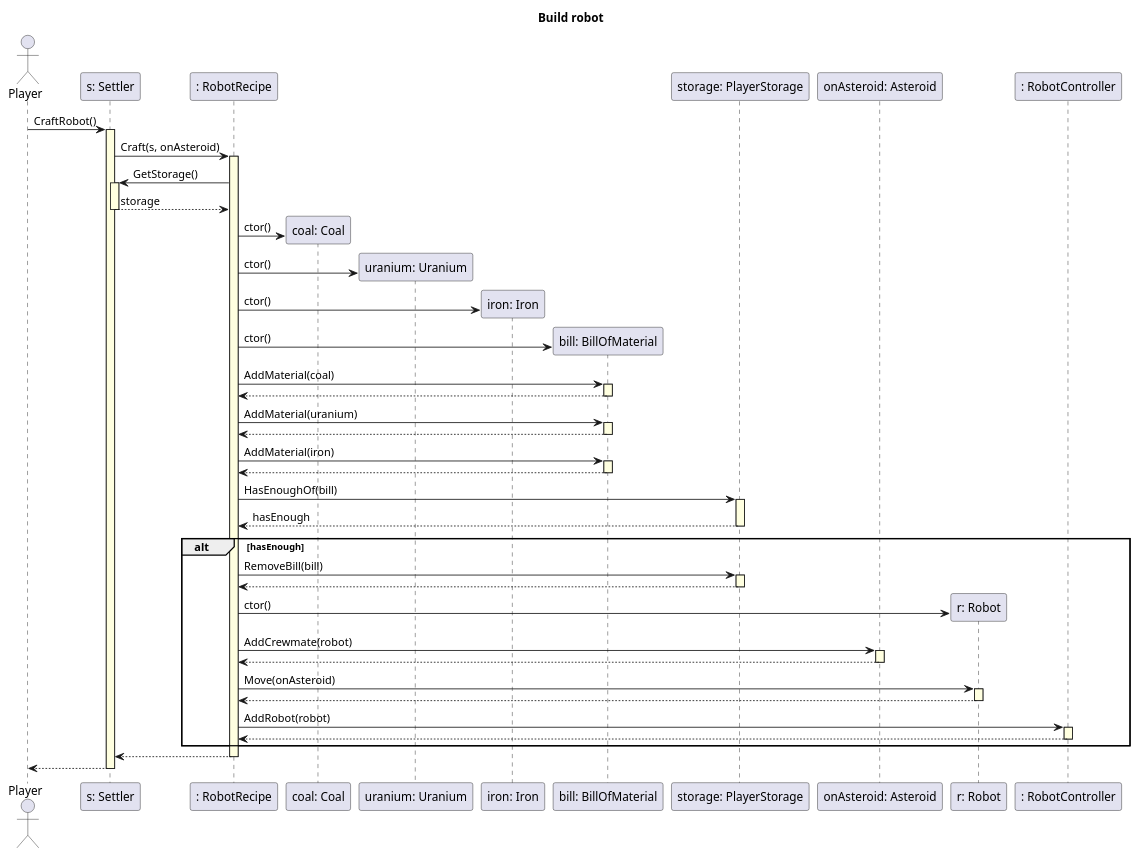
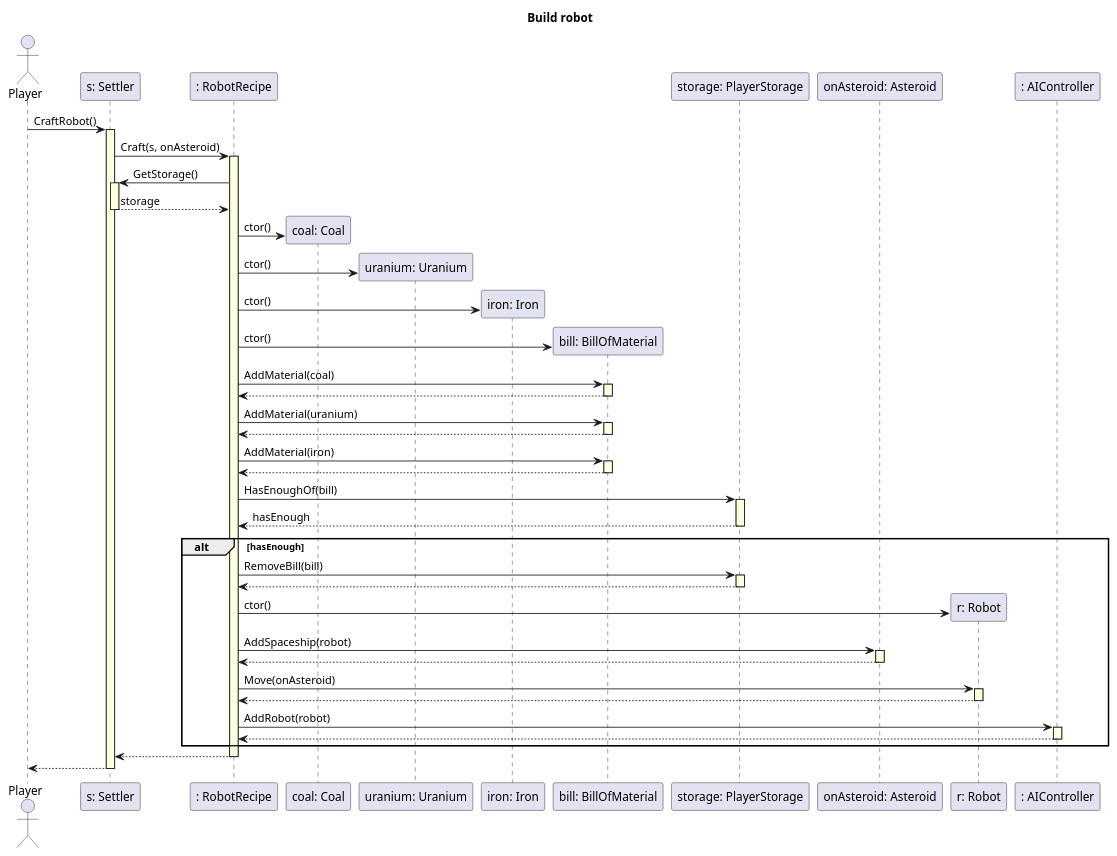
One commit to triszt4n/projlab_holy_oil changed the diagram in uml/original_seq_diagrams/build_robot.plantuml. Above: the diagram before and after it, drawn with PlantUML. The commit also changed 36 other files, not shown here.

```diff
--- a/uml/original_seq_diagrams/build_robot.plantuml
+++ b/uml/original_seq_diagrams/build_robot.plantuml
@@ -1,61 +1,61 @@
 @startuml
 skinparam SequenceLifeLineBackgroundColor LightYellow
 
 title "Build robot"
 
 actor Player as US
 participant "s: Settler" as settler
 participant ": RobotRecipe" as robotRecipe
 participant "coal: Coal" as coal
 participant "uranium: Uranium" as uranium
 participant "iron: Iron" as iron
 participant "bill: BillOfMaterial" as bill
 participant "storage: PlayerStorage" as storage
 participant "onAsteroid: Asteroid" as onAsteroid
 participant "r: Robot" as robot
-participant ": RobotController" as controller
+participant ": AIController" as controller
 
 US -> settler ++ : CraftRobot()
 settler -> robotRecipe ++ : Craft(s, onAsteroid)
 
 robotRecipe -> settler ++ : GetStorage()
 return storage
 
 robotRecipe -> coal ** : ctor()
 robotRecipe -> uranium ** : ctor()
 robotRecipe -> iron ** : ctor()
 
 robotRecipe -> bill ** : ctor()
 robotRecipe -> bill ++ : AddMaterial(coal)
 return
 robotRecipe -> bill ++ : AddMaterial(uranium)
 return
 robotRecipe -> bill ++ : AddMaterial(iron)
 return
 
 robotRecipe -> storage ++ : HasEnoughOf(bill)
 storage --> robotRecipe -- : hasEnough
 
 alt hasEnough
 
     robotRecipe -> storage ++ : RemoveBill(bill)
     storage --> robotRecipe --
 
     robotRecipe -> robot ** : ctor()
 
-    robotRecipe -> onAsteroid ++ : AddCrewmate(robot)
+    robotRecipe -> onAsteroid ++ : AddSpaceship(robot)
     onAsteroid --> robotRecipe --
 
     robotRecipe -> robot ++ : Move(onAsteroid)
     robot --> robotRecipe --
 
     robotRecipe -> controller ++ : AddRobot(robot)
     controller --> robotRecipe --
 
 end
 
 robotRecipe --> settler --
 
 settler --> US --
 
 @enduml
```
